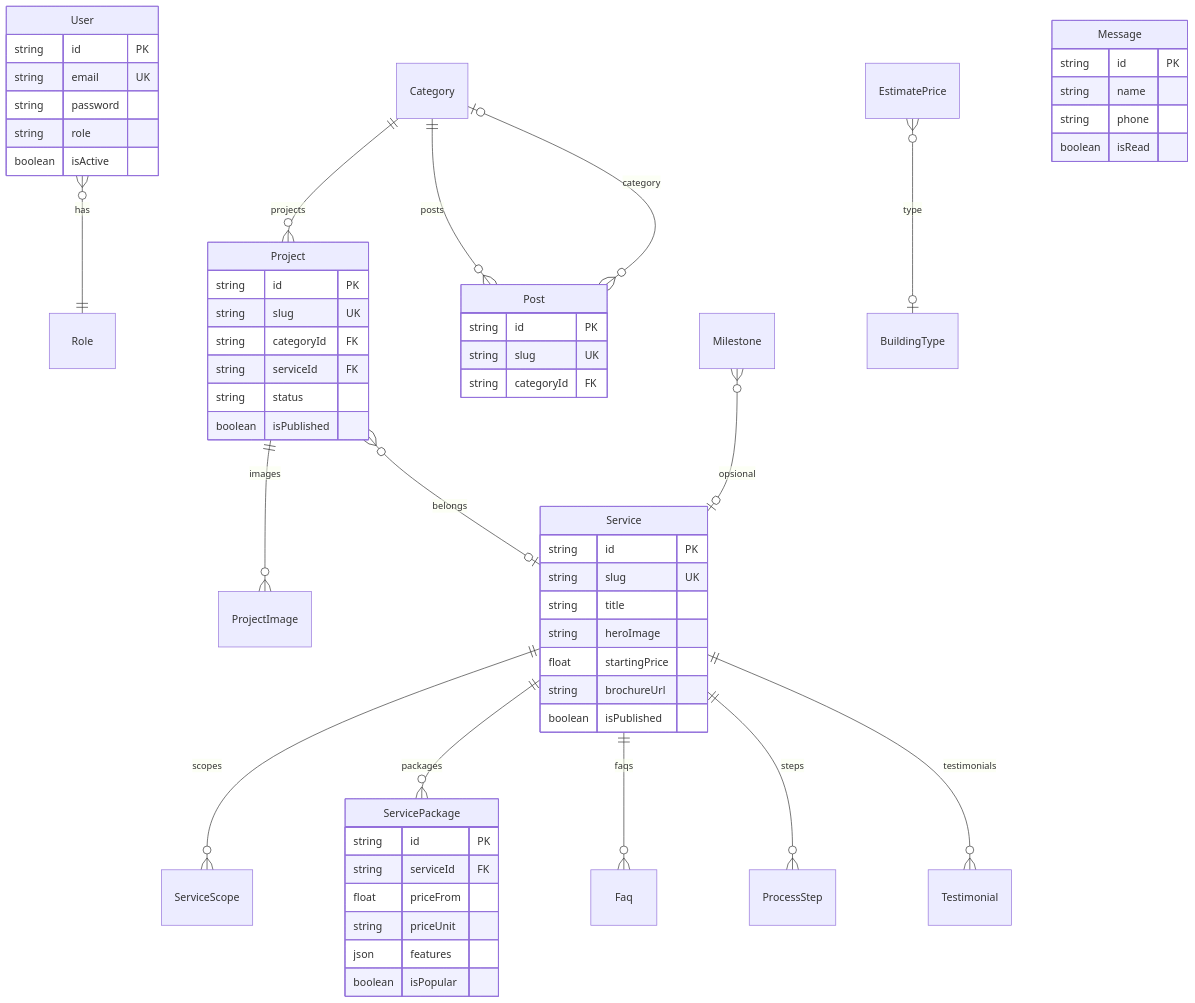
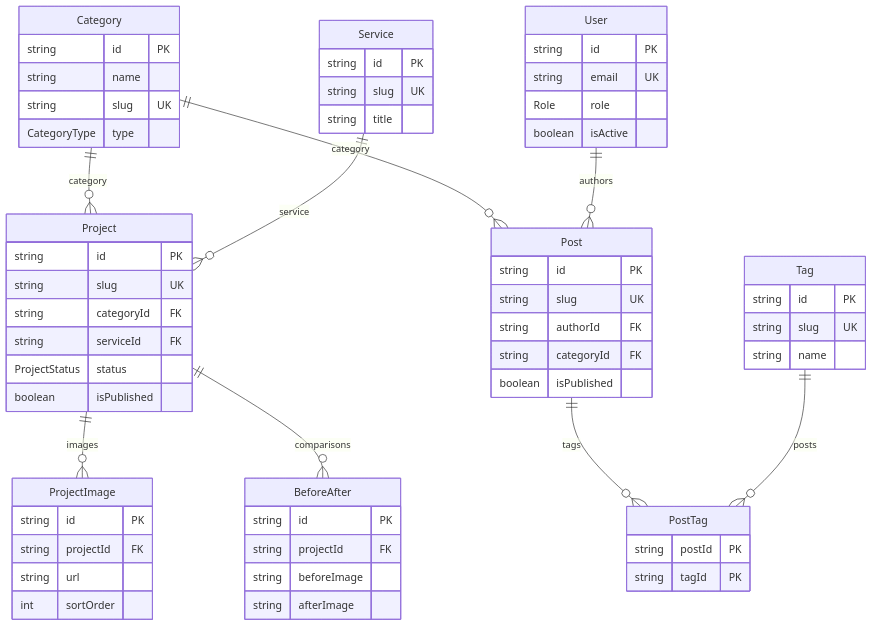
Before and after one commit to DinuKurniawan/kontraktor-jaya-abadi: the fourth of 9 diagrams in README.md, drawn with Mermaid. The commit also changed other lines of this file and 5 other files, not shown here.

````diff
--- a/README.md
+++ b/README.md
@@ -157,60 +288,64 @@
 ```mermaid
 erDiagram
-    User }o--|| Role : has
-    Category ||--o{ Project : "projects"
-    Category ||--o{ Post : "posts"
+    Category ||--o{ Project : category
+    Category ||--o{ Post : category
+    Service ||--o{ Project : service
     Project ||--o{ ProjectImage : images
-    Project }o--o| Service : belongs
-    Service ||--o{ ServiceScope : scopes
-    Service ||--o{ ServicePackage : packages
-    Service ||--o{ Faq : faqs
-    Service ||--o{ ProcessStep : steps
-    Service ||--o{ Testimonial : testimonials
-    Post }o--o| Category : category
-    Milestone }o--o| Service : "opsional"
-    EstimatePrice }o--o| BuildingType : type
-
+    Project ||--o{ BeforeAfter : comparisons
+    User ||--o{ Post : authors
+    Post ||--o{ PostTag : tags
+    Tag ||--o{ PostTag : posts
+    Category {
+        string id PK
+        string name
+        string slug UK
+        CategoryType type
+    }
+    Project {
+        string id PK
+        string slug UK
+        string categoryId FK
+        string serviceId FK
+        ProjectStatus status
+        boolean isPublished
+    }
+    ProjectImage {
+        string id PK
+        string projectId FK
+        string url
+        int sortOrder
+    }
+    Post {
+        string id PK
+        string slug UK
+        string authorId FK
+        string categoryId FK
+        boolean isPublished
+    }
+    Tag {
+        string id PK
+        string slug UK
+        string name
+    }
+    PostTag {
+        string postId PK
+        string tagId PK
+    }
     User {
         string id PK
         string email UK
-        string password
-        string role
+        Role role
         boolean isActive
     }
     Service {
         string id PK
         string slug UK
         string title
-        string heroImage
-        float startingPrice
-        string brochureUrl
-        boolean isPublished
     }
-    ServicePackage {
+    BeforeAfter {
         string id PK
-        string serviceId FK
-        float priceFrom
-        string priceUnit
-        json features
-        boolean isPopular
-    }
-    Project {
-        string id PK
-        string slug UK
-        string categoryId FK
-        string serviceId FK
-        string status
-        boolean isPublished
-    }
-    Post {
-        string id PK
-        string slug UK
-        string categoryId FK
-    }
-    Message {
-        string id PK
-        string name
-        string phone
-        boolean isRead
+        string projectId FK
+        string beforeImage
+        string afterImage
     }
 ```
````
